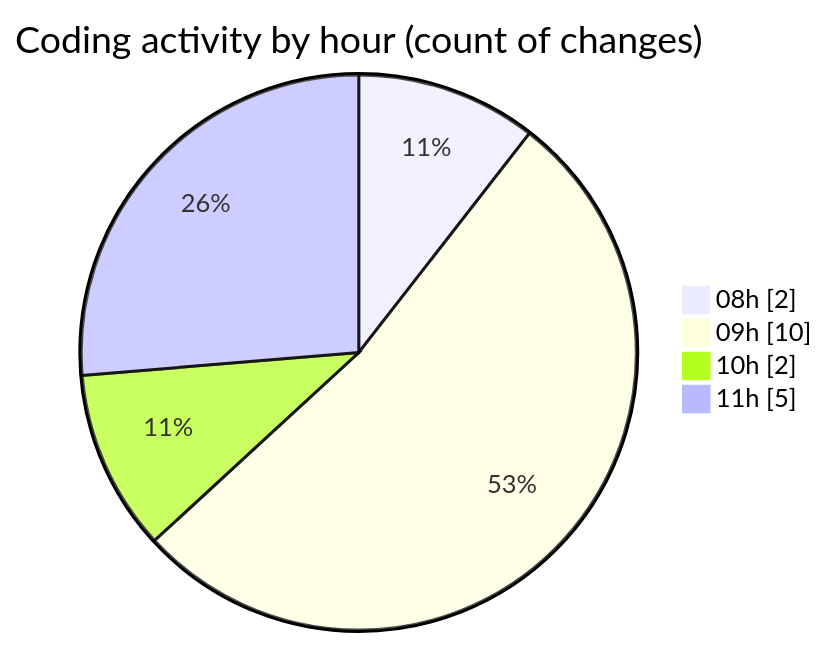
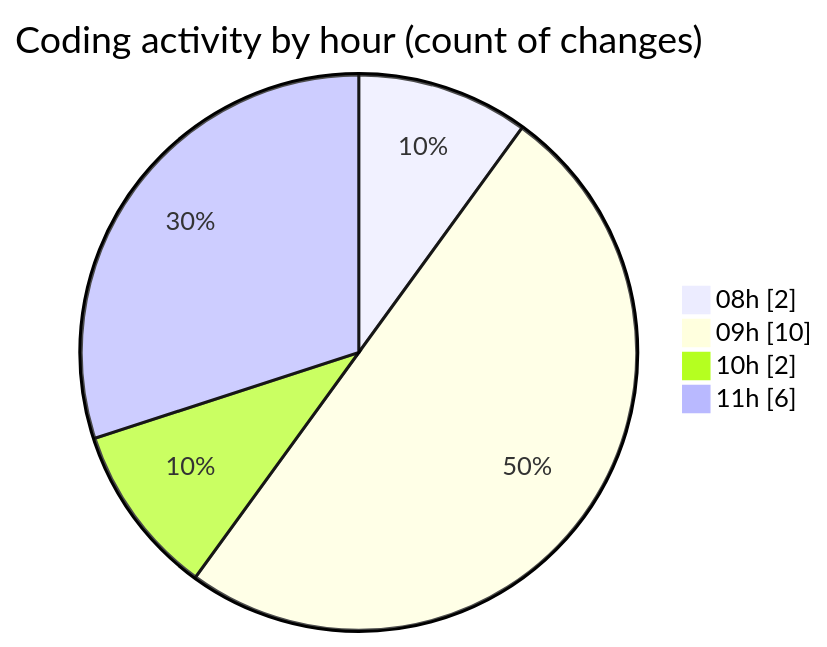
Before and after one commit to momahboobian/code-tracking: the second of 2 diagrams in 2025-05-30/cda/README.md, drawn with Mermaid. The commit also changed other lines of this file and 1 other file, not shown here.

````diff
--- a/2025-05-30/cda/README.md
+++ b/2025-05-30/cda/README.md
@@ -28,8 +29,8 @@
 ```mermaid
 pie showData
 title Coding activity by hour (count of changes)
 "08h" : 2
 "09h" : 10
 "10h" : 2
-"11h" : 5
+"11h" : 6
 ```
````
